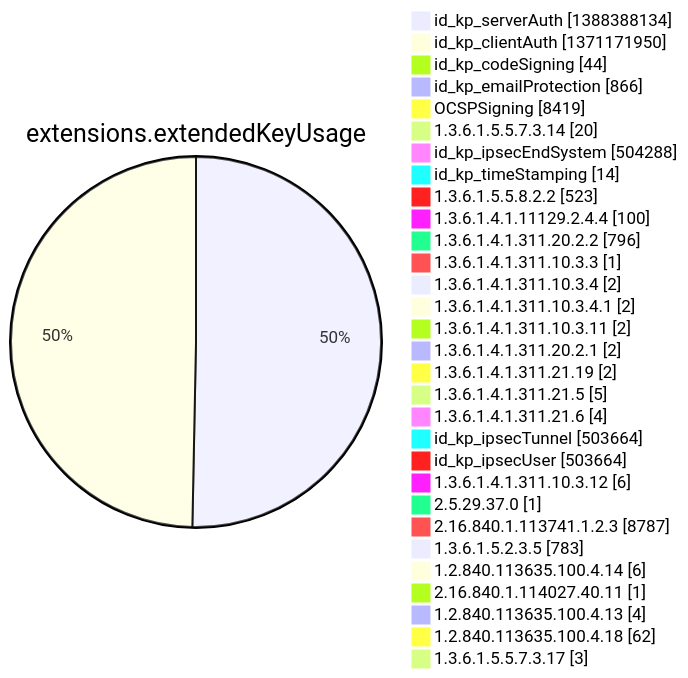
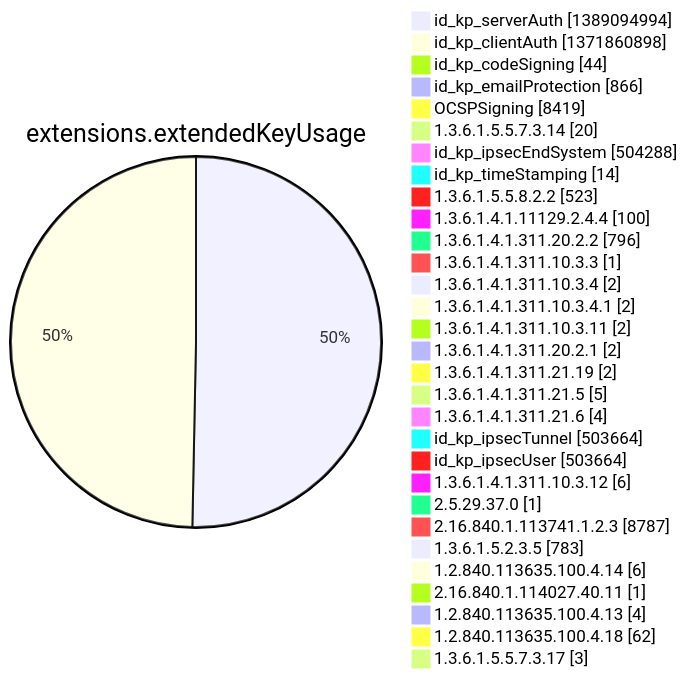
Diagram 12 of 15 in argon2022/README.md (christiankrug/ctmonitor_visualization), drawn with Mermaid before and after one commit. The commit also changed other lines of this file, not shown here.

````diff
--- a/argon2022/README.md
+++ b/argon2022/README.md
@@ -3554,34 +3554,34 @@
 ```mermaid
 pie showData
 title extensions.extendedKeyUsage
-"id_kp_serverAuth" :1388388134
-"id_kp_clientAuth" :1371171950
+"id_kp_serverAuth" :1389094994
+"id_kp_clientAuth" :1371860898
 "id_kp_codeSigning" :44
 "id_kp_emailProtection" :866
 "OCSPSigning" :8419
 "1.3.6.1.5.5.7.3.14" :20
 "id_kp_ipsecEndSystem" :504288
 "id_kp_timeStamping" :14
 "1.3.6.1.5.5.8.2.2" :523
 "1.3.6.1.4.1.11129.2.4.4" :100
 "1.3.6.1.4.1.311.20.2.2" :796
 "1.3.6.1.4.1.311.10.3.3" :1
 "1.3.6.1.4.1.311.10.3.4" :2
 "1.3.6.1.4.1.311.10.3.4.1" :2
 "1.3.6.1.4.1.311.10.3.11" :2
 "1.3.6.1.4.1.311.20.2.1" :2
 "1.3.6.1.4.1.311.21.19" :2
 "1.3.6.1.4.1.311.21.5" :5
 "1.3.6.1.4.1.311.21.6" :4
 "id_kp_ipsecTunnel" :503664
 "id_kp_ipsecUser" :503664
 "1.3.6.1.4.1.311.10.3.12" :6
 "2.5.29.37.0" :1
 "2.16.840.1.113741.1.2.3" :8787
 "1.3.6.1.5.2.3.5" :783
 "1.2.840.113635.100.4.14" :6
 "2.16.840.1.114027.40.11" :1
 "1.2.840.113635.100.4.13" :4
 "1.2.840.113635.100.4.18" :62
 "1.3.6.1.5.5.7.3.17" :3
 ```
````
